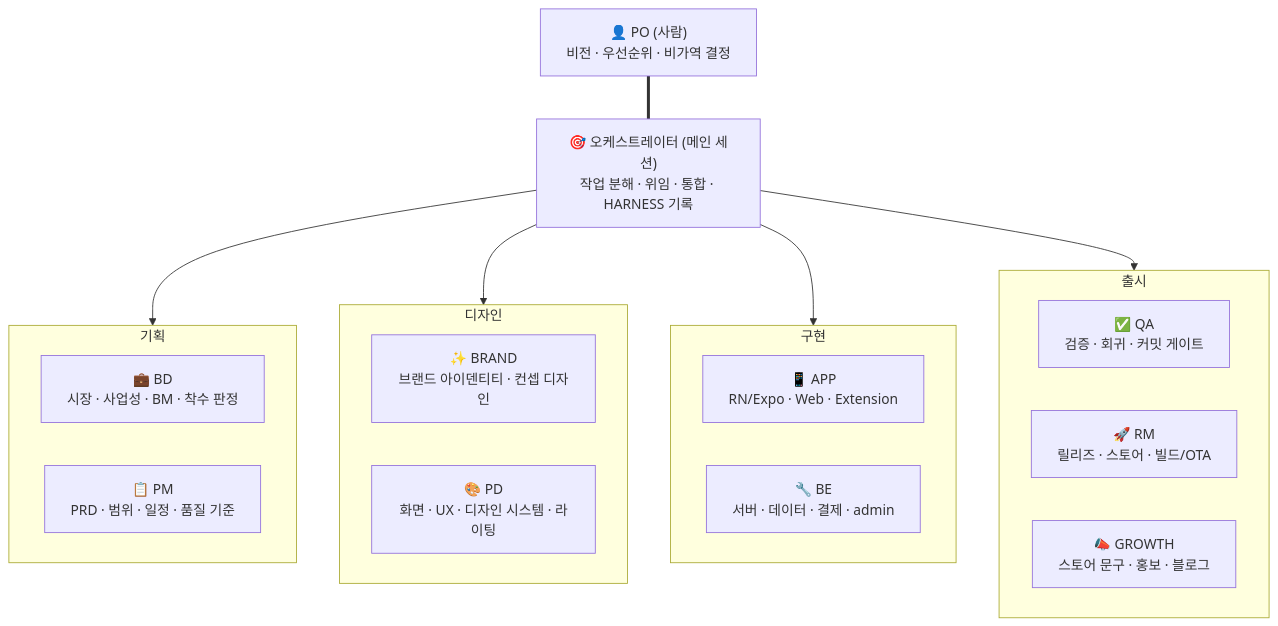
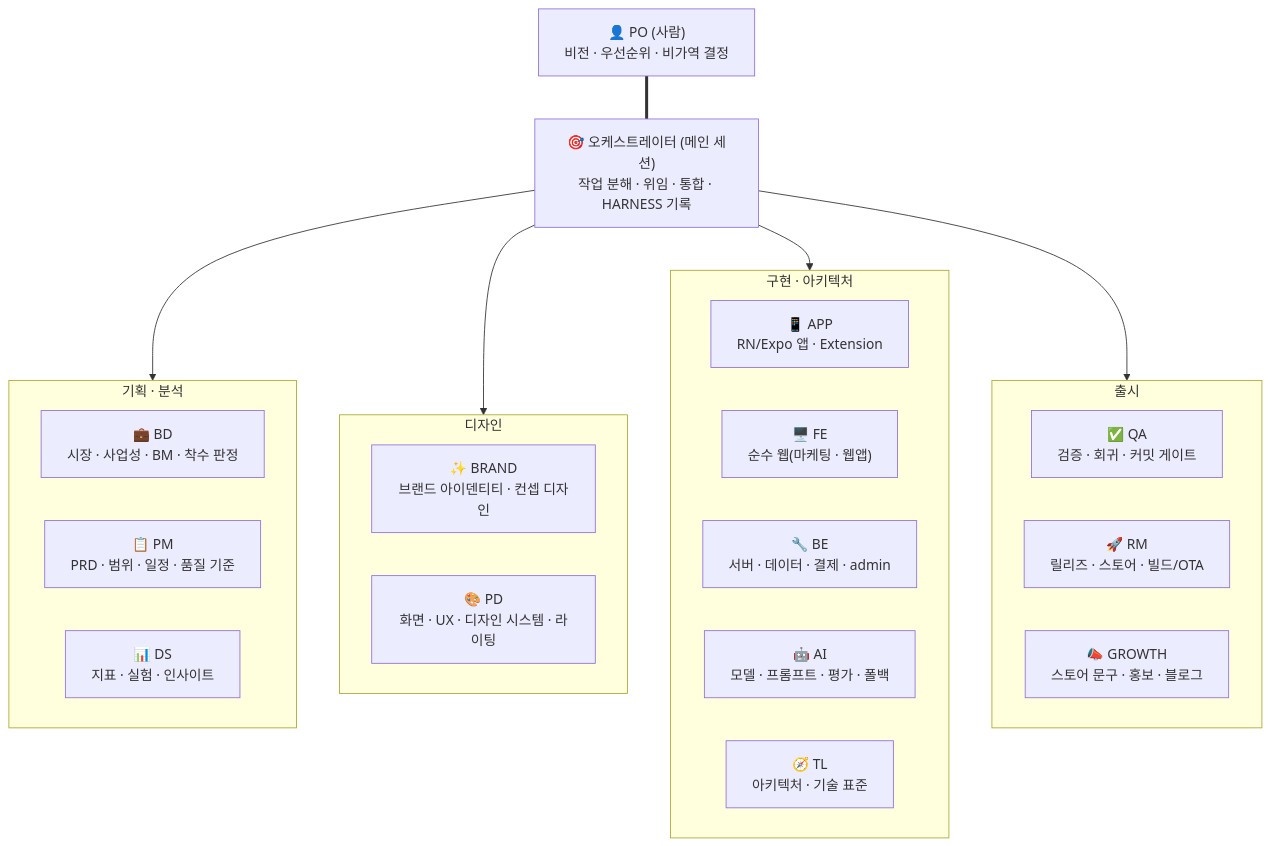
One commit to Komjirak/ai-team-kit changed the first of 2 diagrams in TEAM.md. Above: the diagram before and after it, drawn with Mermaid. The commit also changed other lines of this file and 34 other files, not shown here.

````diff
--- a/TEAM.md
+++ b/TEAM.md
@@ -24,29 +24,33 @@
 ```mermaid
 graph TD
     PO["👤 PO (사람)<br/>비전 · 우선순위 · 비가역 결정"]
     ORCH["🎯 오케스트레이터 (메인 세션)<br/>작업 분해 · 위임 · 통합 · HARNESS 기록"]
 
-    subgraph PLAN ["기획"]
+    subgraph PLAN ["기획 · 분석"]
         BD["💼 BD<br/>시장 · 사업성 · BM · 착수 판정"]
         PM["📋 PM<br/>PRD · 범위 · 일정 · 품질 기준"]
+        DS["📊 DS<br/>지표 · 실험 · 인사이트"]
     end
     subgraph DESIGN ["디자인"]
         BRAND["✨ BRAND<br/>브랜드 아이덴티티 · 컨셉 디자인"]
         PD["🎨 PD<br/>화면 · UX · 디자인 시스템 · 라이팅"]
     end
-    subgraph BUILD ["구현"]
-        APP["📱 APP<br/>RN/Expo · Web · Extension"]
+    subgraph BUILD ["구현 · 아키텍처"]
+        APP["📱 APP<br/>RN/Expo 앱 · Extension"]
+        FE["🖥️ FE<br/>순수 웹(마케팅 · 웹앱)"]
         BE["🔧 BE<br/>서버 · 데이터 · 결제 · admin"]
+        AI["🤖 AI<br/>모델 · 프롬프트 · 평가 · 폴백"]
+        TL["🧭 TL<br/>아키텍처 · 기술 표준"]
     end
     subgraph SHIP ["출시"]
         QA["✅ QA<br/>검증 · 회귀 · 커밋 게이트"]
         RM["🚀 RM<br/>릴리즈 · 스토어 · 빌드/OTA"]
         GROWTH["📣 GROWTH<br/>스토어 문구 · 홍보 · 블로그"]
     end
 
     PO === ORCH
     ORCH --> PLAN
     ORCH --> DESIGN
     ORCH --> BUILD
     ORCH --> SHIP
 ```
````
